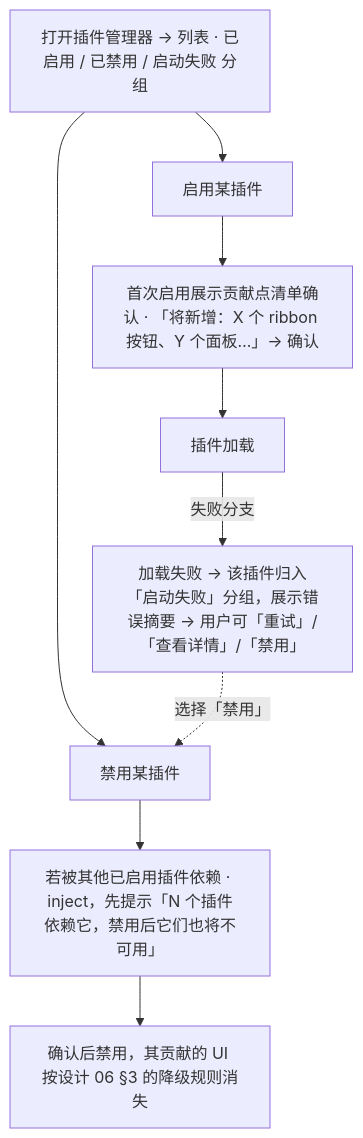
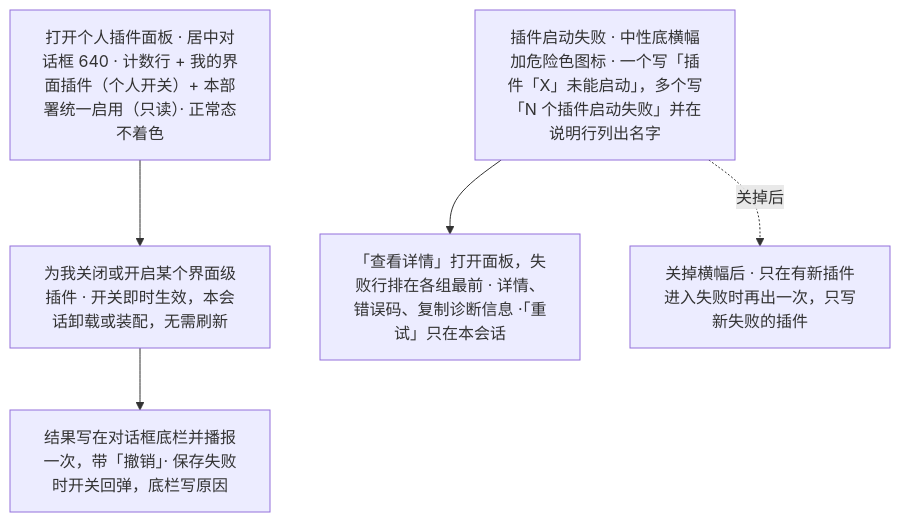
The tenth of 13 diagrams in docs/20-design/02-user-flows.md (Xeonice/cordis-ppt-editor), drawn with Mermaid before and after one commit. The commit also changed other lines of this file and 44 other files, not shown here.

````diff
--- a/docs/20-design/02-user-flows.md
+++ b/docs/20-design/02-user-flows.md
@@ -371,15 +426,12 @@
 ```mermaid
 flowchart TB
-  f9Open["打开插件管理器 → 列表 · 已启用 / 已禁用 / 启动失败 分组"]
-  f9Enable["启用某插件"]
-  f9Confirm["首次启用展示贡献点清单确认 · 「将新增：X 个 ribbon 按钮、Y 个面板…」→ 确认"]
-  f9Load["插件加载"]
-  f9Fail["加载失败 → 该插件归入「启动失败」分组，展示错误摘要 → 用户可「重试」/「查看详情」/「禁用」"]
-  f9Disable["禁用某插件"]
-  f9Dep["若被其他已启用插件依赖 · inject，先提示「N 个插件依赖它，禁用后它们也将不可用」"]
-  f9Off["确认后禁用，其贡献的 UI 按设计 06 §3 的降级规则消失"]
-  f9Open --> f9Enable --> f9Confirm --> f9Load
-  f9Load -->|"失败分支"| f9Fail
-  f9Open --> f9Disable --> f9Dep --> f9Off
-  f9Fail -.->|"选择「禁用」"| f9Disable
+  f9Open["打开个人插件面板 · 居中对话框 640 · 计数行 + 我的界面插件（个人开关）+ 本部署统一启用（只读）· 正常态不着色"]
+  f9Off["为我关闭或开启某个界面级插件 · 开关即时生效，本会话卸载或装配，无需刷新"]
+  f9Foot["结果写在对话框底栏并播报一次，带「撤销」· 保存失败时开关回弹，底栏写原因"]
+  f9Fail["插件启动失败 · 中性底横幅加危险色图标 · 一个写「插件「X」未能启动」，多个写「N 个插件启动失败」并在说明行列出名字"]
+  f9Detail["「查看详情」打开面板，失败行排在各组最前 · 详情、错误码、复制诊断信息 ·「重试」只在本会话"]
+  f9Reshow["关掉横幅后 · 只在有新插件进入失败时再出一次，只写新失败的插件"]
+  f9Open --> f9Off --> f9Foot
+  f9Fail --> f9Detail
+  f9Fail -.->|"关掉后"| f9Reshow
 ```
````
